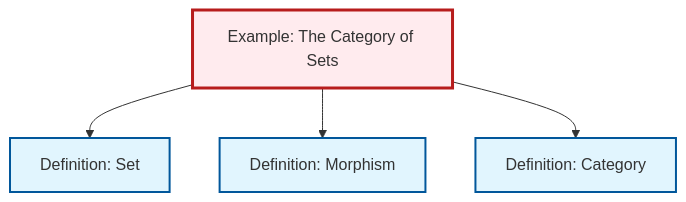
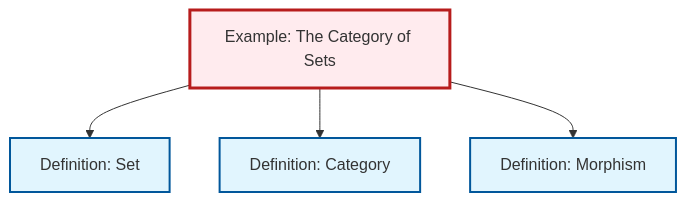
Before and after one commit to RK0429/ModernMath: the diagram in content/ja/category-theory/ex-set-category.qmd, drawn with Mermaid. The commit also changed other lines of this file and 615 other files, not shown here.

````diff
--- a/content/ja/category-theory/ex-set-category.qmd
+++ b/content/ja/category-theory/ex-set-category.qmd
@@ -69,20 +69,20 @@
 ```{mermaid}
 %%| fig-cap: "Local dependency graph"
 graph TD
     classDef definition fill:#e1f5fe,stroke:#01579b,stroke-width:2px
     classDef theorem fill:#f3e5f5,stroke:#4a148c,stroke-width:2px
     classDef axiom fill:#fff3e0,stroke:#e65100,stroke-width:2px
     classDef example fill:#e8f5e9,stroke:#1b5e20,stroke-width:2px
     classDef current fill:#ffebee,stroke:#b71c1c,stroke-width:3px
-    def-category["Definition: Category"]:::definition
-    def-set["Definition: Set"]:::definition
     ex-set-category["Example: The Category of Sets"]:::example
     def-morphism["Definition: Morphism"]:::definition
+    def-set["Definition: Set"]:::definition
+    def-category["Definition: Category"]:::definition
     ex-set-category --> def-set
+    ex-set-category --> def-category
     ex-set-category --> def-morphism
-    ex-set-category --> def-category
     class ex-set-category current
+    click def-morphism "def-morphism.html" "Definition: Morphismへ"
+    click def-set "def-set.html" "Definition: Setへ"
     click def-category "def-category.html" "Definition: Categoryへ"
-    click def-set "def-set.html" "Definition: Setへ"
-    click def-morphism "def-morphism.html" "Definition: Morphismへ"
 ```
````
